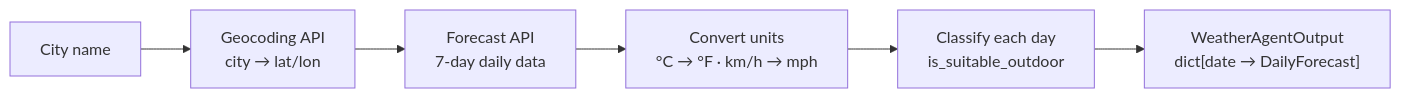
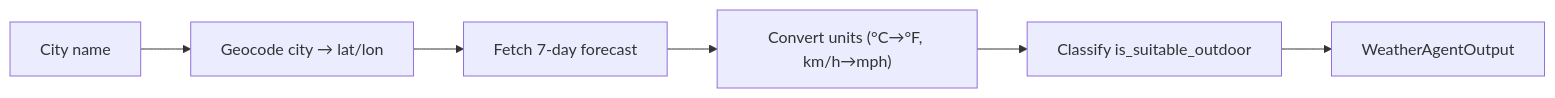
The fifth of 9 diagrams in README.md (ritwiksharan/event-recommendor), drawn with Mermaid before and after one commit. The commit also changed other lines of this file, not shown here.

First line of the commit message:
Fix mermaid diagrams: remove \n from labels, simplify sequence diagram

````diff
--- a/README.md
+++ b/README.md
@@ -366,8 +354,8 @@
 ```mermaid
 flowchart LR
-    city[City name] --> geo["Geocoding API\ncity → lat/lon"]
-    geo --> forecast["Forecast API\n7-day daily data"]
-    forecast --> convert["Convert units\n°C → °F · km/h → mph"]
-    convert --> classify["Classify each day\nis_suitable_outdoor"]
-    classify --> out["WeatherAgentOutput\ndict[date → DailyForecast]"]
+    city[City name] --> geo["Geocode city → lat/lon"]
+    geo --> forecast["Fetch 7-day forecast"]
+    forecast --> convert["Convert units (°C→°F, km/h→mph)"]
+    convert --> classify["Classify is_suitable_outdoor"]
+    classify --> out["WeatherAgentOutput"]
 ```
````
